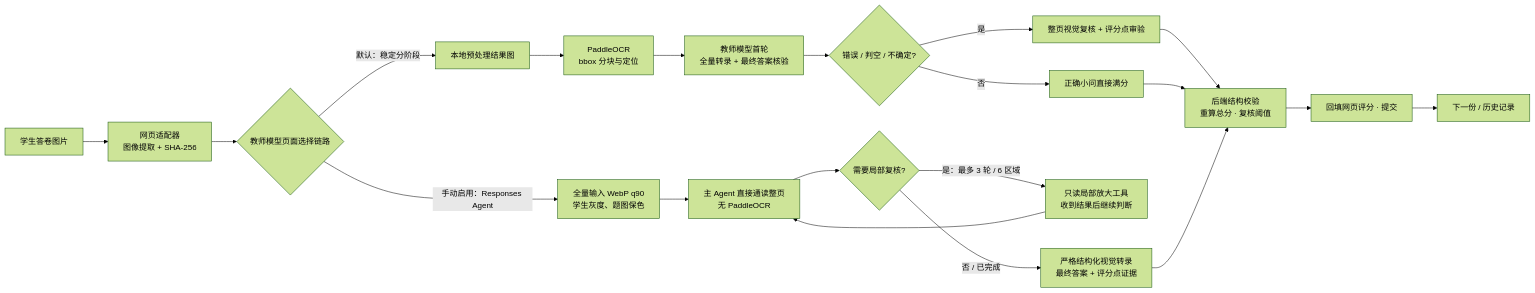
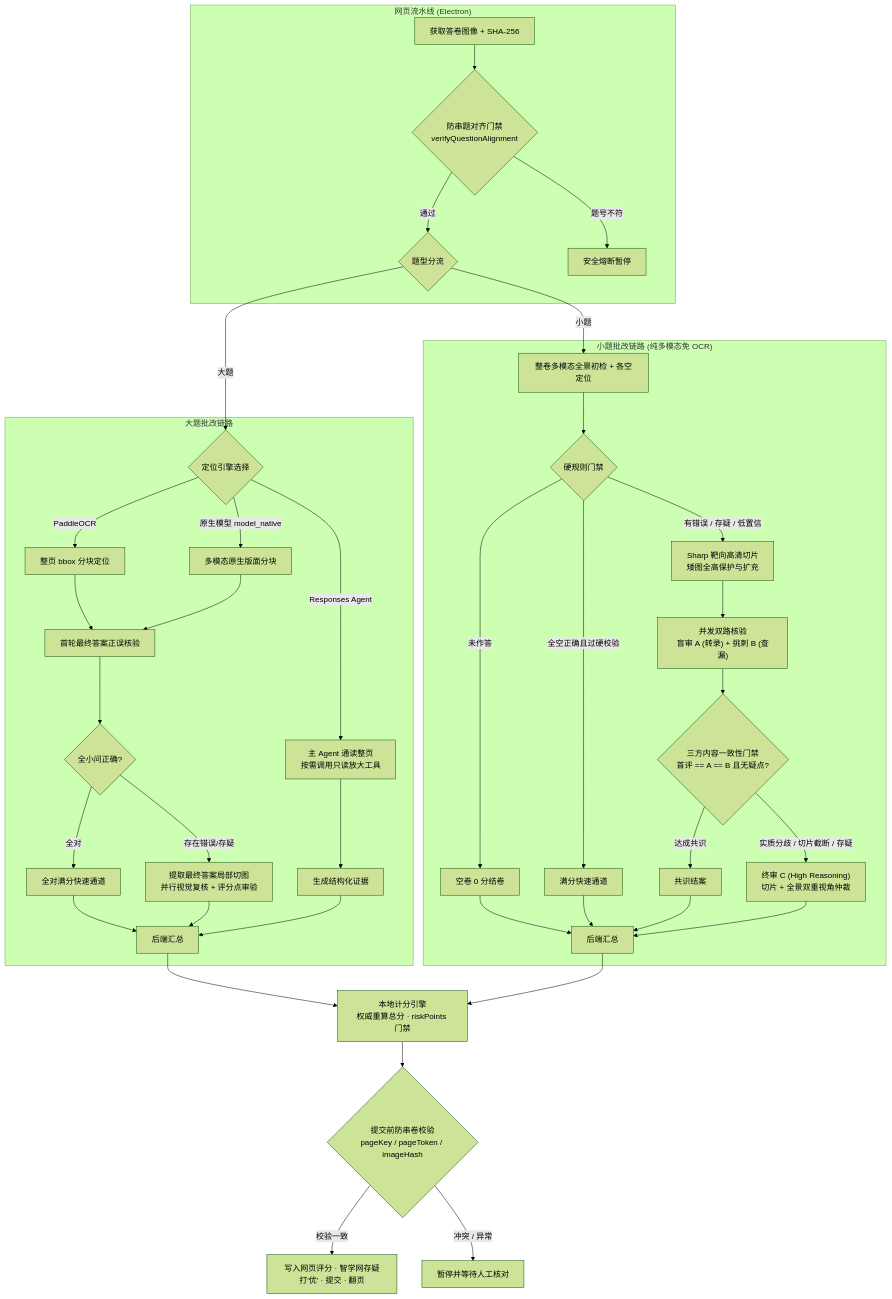
Before and after one commit to Shiratsuk1/EquiGrade: the diagram in README.md, drawn with Mermaid (forest theme). The commit also changed other lines of this file and 2 other files, not shown here.

````diff
--- a/README.md
+++ b/README.md
@@ -31,22 +53,46 @@
 ```mermaid
-flowchart LR
-  A["学生答卷图片"] --> B["网页适配器<br/>图像提取 + SHA-256"]
-  B --> C{"教师模型页面选择链路"}
-  C -- "默认：稳定分阶段" --> D["本地预处理结果图"]
-  D --> E["PaddleOCR<br/>bbox 分块与定位"]
-  E --> F["教师模型首轮<br/>全量转录 + 最终答案核验"]
-  F --> G{"错误 / 判空 / 不确定?"}
-  G -- "是" --> H["整页视觉复核 + 评分点审验"]
-  G -- "否" --> I["正确小问直接满分"]
-  C -- "手动启用：Responses Agent" --> J["全量输入 WebP q90<br/>学生灰度、题图保色"]
-  J --> K["主 Agent 直接通读整页<br/>无 PaddleOCR"]
-  K --> L{"需要局部复核?"}
-  L -- "是：最多 3 轮 / 6 区域" --> M["只读局部放大工具<br/>收到结果后继续判断"]
-  M --> K
-  L -- "否 / 已完成" --> N["严格结构化视觉转录<br/>最终答案 + 评分点证据"]
-  H --> O["后端结构校验<br/>重算总分 · 复核阈值"]
-  I --> O
-  N --> O
-  O --> P["回填网页评分 · 提交"]
-  P --> Q["下一份 / 历史记录"]
+flowchart TD
+  subgraph Pipeline["网页流水线 (Electron)"]
+    W1["获取答卷图像 + SHA-256"] --> W2{"防串题对齐门禁<br/>verifyQuestionAlignment"}
+    W2 -- "通过" --> W3{"题型分流"}
+    W2 -- "题号不符" --> W_HALT["安全熔断暂停"]
+  end
+
+  subgraph LargeQuestion["大题批改链路"]
+    W3 -- "大题" --> L1{"定位引擎选择"}
+    L1 -- "PaddleOCR" --> L2["整页 bbox 分块定位"]
+    L1 -- "原生模型 model_native" --> L3["多模态原生版面分块"]
+    L1 -- "Responses Agent" --> LA["主 Agent 通读整页<br/>按需调用只读放大工具"]
+    L2 --> L4["首轮最终答案正误核验"]
+    L3 --> L4
+    L4 --> L5{"全小问正确?"}
+    L5 -- "全对" --> L_FAST["全对满分快速通道"]
+    L5 -- "存在错误/存疑" --> L6["提取最终答案局部切图<br/>并行视觉复核 + 评分点审验"]
+    LA --> L_DONE["生成结构化证据"]
+    L_FAST --> L_MERGE["后端汇总"]
+    L6 --> L_MERGE
+    L_DONE --> L_MERGE
+  end
+
+  subgraph SmallQuestion["小题批改链路 (纯多模态免 OCR)"]
+    W3 -- "小题" --> S1["整卷多模态全景初检 + 各空定位"]
+    S1 --> S2{"硬规则门禁"}
+    S2 -- "未作答" --> S_ZERO["空卷 0 分结卷"]
+    S2 -- "全空正确且过硬校验" --> S_FULL["满分快速通道"]
+    S2 -- "有错误 / 存疑 / 低置信" --> S3["Sharp 靶向高清切片<br/>矮图全高保护与扩充"]
+    S3 --> S4["并发双路核验<br/>盲审 A (转录) + 挑刺 B (查漏)"]
+    S4 --> S5{"三方内容一致性门禁<br/>首评 == A == B 且无疑点?"}
+    S5 -- "达成共识" --> S_CONS["共识结案"]
+    S5 -- "实质分歧 / 切片截断 / 存疑" --> S6["终审 C (High Reasoning)<br/>切片 + 全景双重视角仲裁"]
+    S_ZERO --> S_MERGE["后端汇总"]
+    S_FULL --> S_MERGE
+    S_CONS --> S_MERGE
+    S6 --> S_MERGE
+  end
+
+  L_MERGE --> G_AUTH["本地计分引擎<br/>权威重算总分 · riskPoints 门禁"]
+  S_MERGE --> G_AUTH
+  G_AUTH --> V_AUTH{"提交前防串卷校验<br/>pageKey / pageToken / imageHash"}
+  V_AUTH -- "校验一致" --> P_WRITE["写入网页评分 · 智学网存疑打'优' · 提交 · 翻页"]
+  V_AUTH -- "冲突 / 异常" --> P_HALT["暂停并等待人工核对"]
 ```
````
